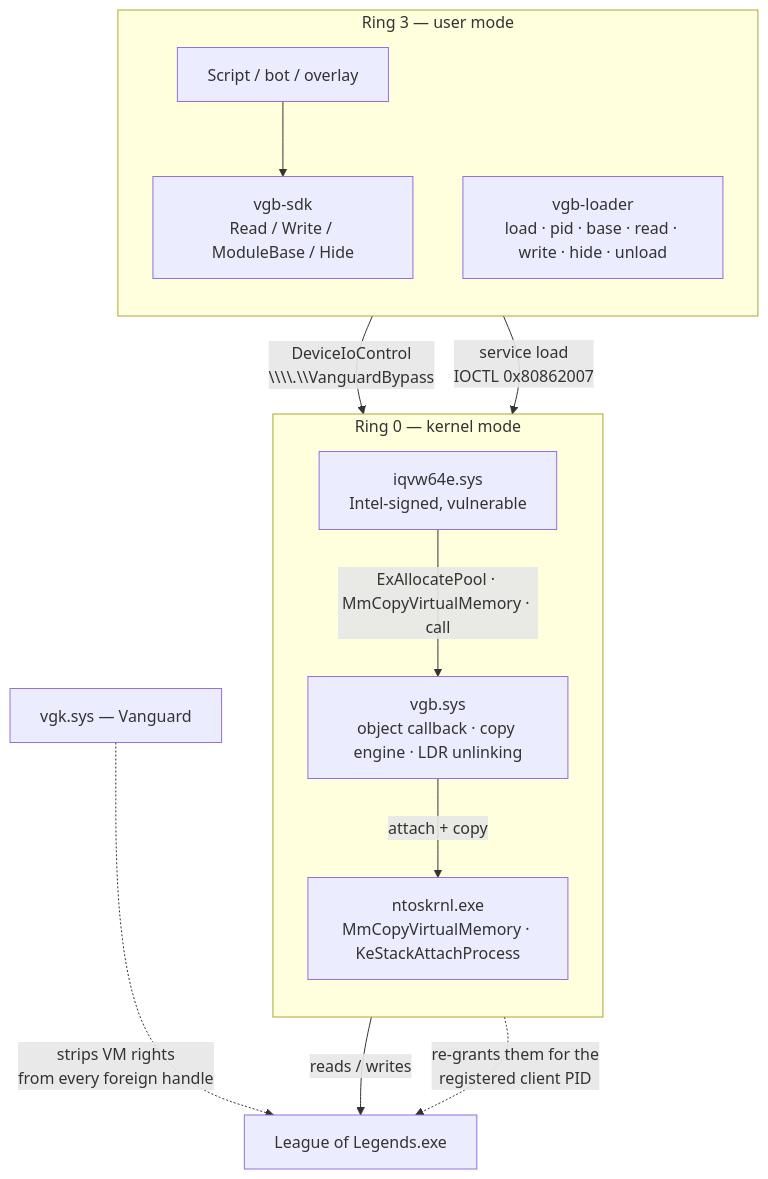
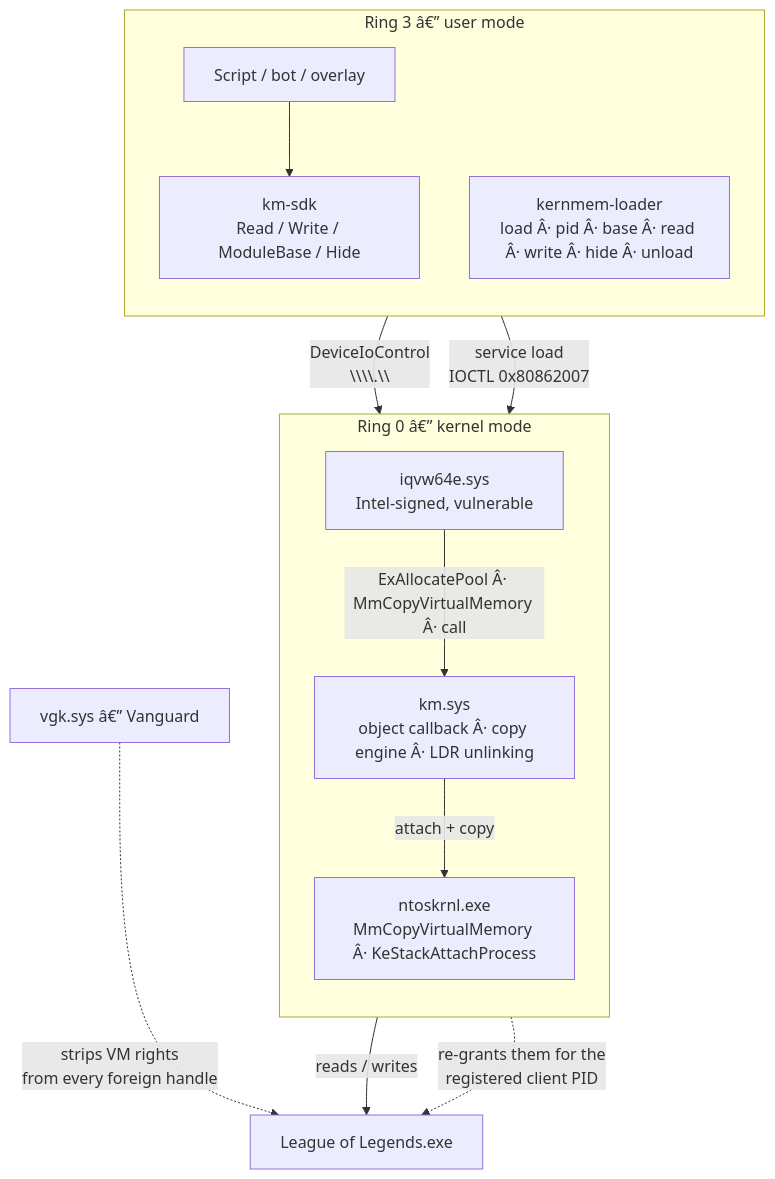
The first of 5 diagrams in docs/architecture.md (0xMALVEE/kernmem), drawn with Mermaid before and after one commit. The commit also changed other lines of this file and 919 other files, not shown here.

````diff
--- a/docs/architecture.md
+++ b/docs/architecture.md
@@ -16,27 +16,27 @@
 ```mermaid
 flowchart TB
-    subgraph R3["Ring 3 — user mode"]
+    subgraph R3["Ring 3 â€” user mode"]
         direction TB
         C1["Script / bot / overlay"]
-        C2["vgb-sdk<br/>Read / Write / ModuleBase / Hide"]
-        C3["vgb-loader<br/>load · pid · base · read · write · hide · unload"]
+        C2["km-sdk<br/>Read / Write / ModuleBase / Hide"]
+        C3["kernmem-loader<br/>load Â· pid Â· base Â· read Â· write Â· hide Â· unload"]
     end
 
-    subgraph R0["Ring 0 — kernel mode"]
+    subgraph R0["Ring 0 â€” kernel mode"]
         direction TB
         K1["iqvw64e.sys<br/>Intel-signed, vulnerable"]
-        K2["vgb.sys<br/>object callback · copy engine · LDR unlinking"]
-        K3["ntoskrnl.exe<br/>MmCopyVirtualMemory · KeStackAttachProcess"]
+        K2["km.sys<br/>object callback Â· copy engine Â· LDR unlinking"]
+        K3["ntoskrnl.exe<br/>MmCopyVirtualMemory Â· KeStackAttachProcess"]
     end
 
     T["League of Legends.exe"]
-    V["vgk.sys — Vanguard"]
+    V["vgk.sys â€” Vanguard"]
 
-    C1 --> C2 -->|"DeviceIoControl<br/>\\\\.\\VanguardBypass"| K2
+    C1 --> C2 -->|"DeviceIoControl<br/>\\\\.\\<random>"| K2
     C3 -->|"service load<br/>IOCTL 0x80862007"| K1
-    K1 -->|"ExAllocatePool · MmCopyVirtualMemory · call"| K2
+    K1 -->|"ExAllocatePool Â· MmCopyVirtualMemory Â· call"| K2
     K2 -->|"attach + copy"| K3
     K3 -->|"reads / writes"| T
     V -.->|"strips VM rights<br/>from every foreign handle"| T
     K2 -.->|"re-grants them for the<br/>registered client PID"| T
 ```
````
